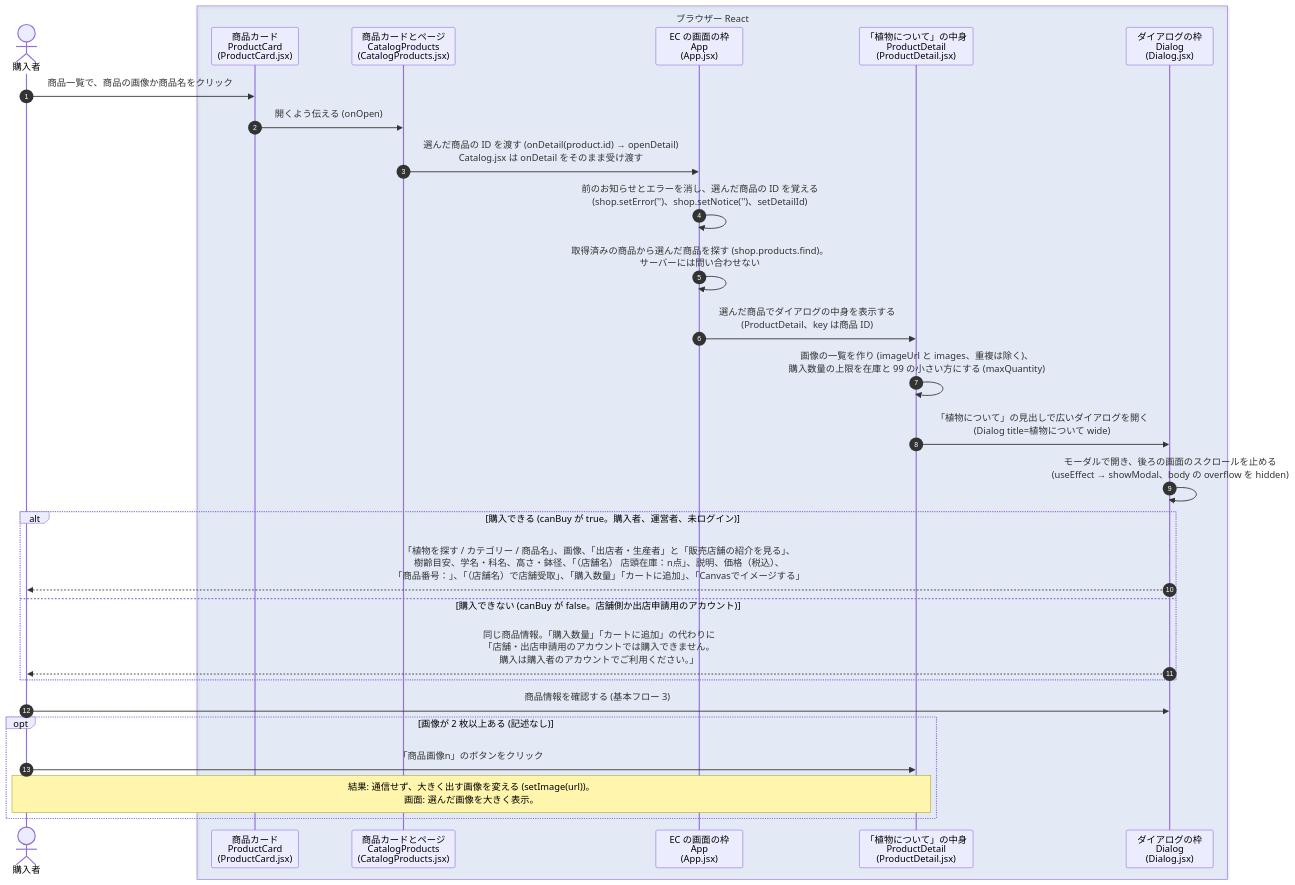
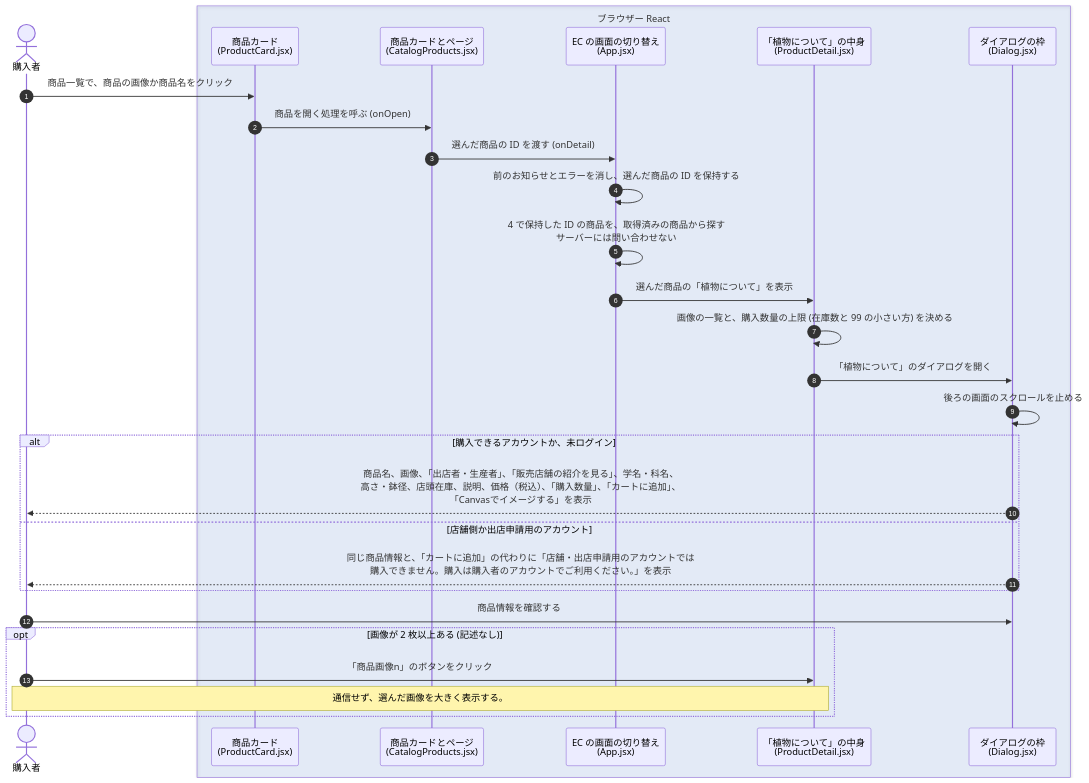
The diagram in シーケンス図/kusakari-ec/EC-B04_商品詳細を確認する.md (abeouga/kusakari-document), drawn with Mermaid before and after one commit. The commit also changed 94 other files, not shown here.

First line of the commit message:
EC のシーケンス図を、手で直した EC-A01〜A06 の書き方にそろえて短くする

````diff
--- a/シーケンス図/kusakari-ec/EC-B04_商品詳細を確認する.md
+++ b/シーケンス図/kusakari-ec/EC-B04_商品詳細を確認する.md
@@ -3,33 +3,33 @@
 ```mermaid
 sequenceDiagram
     autonumber
     actor User as 購入者
     box rgba(47,111,219,0.10) ブラウザー React
-        participant Card as 商品カード<br/>ProductCard<br/>(ProductCard.jsx)
-        participant List as 商品カードとページ<br/>CatalogProducts<br/>(CatalogProducts.jsx)
-        participant App as EC の画面の枠<br/>App<br/>(App.jsx)
-        participant Detail as 「植物について」の中身<br/>ProductDetail<br/>(ProductDetail.jsx)
-        participant Dlg as ダイアログの枠<br/>Dialog<br/>(Dialog.jsx)
+        participant Card as 商品カード<br/>(ProductCard.jsx)
+        participant List as 商品カードとページ<br/>(CatalogProducts.jsx)
+        participant App as EC の画面の切り替え<br/>(App.jsx)
+        participant Detail as 「植物について」の中身<br/>(ProductDetail.jsx)
+        participant Dlg as ダイアログの枠<br/>(Dialog.jsx)
     end
 
     User->>Card: 商品一覧で、商品の画像か商品名をクリック
-    Card->>List: 開くよう伝える (onOpen)
-    List->>App: 選んだ商品の ID を渡す (onDetail(product.id) → openDetail)<br/>Catalog.jsx は onDetail をそのまま受け渡す
-    App->>App: 前のお知らせとエラーを消し、選んだ商品の ID を覚える<br/>(shop.setError('')、shop.setNotice('')、setDetailId)
-    App->>App: 取得済みの商品から選んだ商品を探す (shop.products.find)。<br/>サーバーには問い合わせない
-    App->>Detail: 選んだ商品でダイアログの中身を表示する<br/>(ProductDetail、key は商品 ID)
-    Detail->>Detail: 画像の一覧を作り (imageUrl と images、重複は除く)、<br/>購入数量の上限を在庫と 99 の小さい方にする (maxQuantity)
-    Detail->>Dlg: 「植物について」の見出しで広いダイアログを開く<br/>(Dialog title=植物について wide)
-    Dlg->>Dlg: モーダルで開き、後ろの画面のスクロールを止める<br/>(useEffect → showModal、body の overflow を hidden)
-    alt 購入できる (canBuy が true。購入者、運営者、未ログイン)
-        Dlg-->>User: 「植物を探す / カテゴリー / 商品名」、画像、「出店者・生産者」と「販売店舗の紹介を見る」、<br/>樹齢目安、学名・科名、高さ・鉢径、「（店舗名） 店頭在庫：n点」、説明、価格（税込）、<br/>「商品番号：」、「（店舗名）で店舗受取」、「購入数量」「カートに追加」、「Canvasでイメージする」
-    else 購入できない (canBuy が false。店舗側か出店申請用のアカウント)
-        Dlg-->>User: 同じ商品情報。「購入数量」「カートに追加」の代わりに<br/>「店舗・出店申請用のアカウントでは購入できません。<br/>購入は購入者のアカウントでご利用ください。」
+    Card->>List: 商品を開く処理を呼ぶ (onOpen)
+    List->>App: 選んだ商品の ID を渡す (onDetail)
+    App->>App: 前のお知らせとエラーを消し、選んだ商品の ID を保持する
+    App->>App: 4 で保持した ID の商品を、取得済みの商品から探す<br/>サーバーには問い合わせない
+    App->>Detail: 選んだ商品の「植物について」を表示
+    Detail->>Detail: 画像の一覧と、購入数量の上限 (在庫数と 99 の小さい方) を決める
+    Detail->>Dlg: 「植物について」のダイアログを開く
+    Dlg->>Dlg: 後ろの画面のスクロールを止める
+    alt 購入できるアカウントか、未ログイン
+        Dlg-->>User: 商品名、画像、「出店者・生産者」、「販売店舗の紹介を見る」、学名・科名、<br/>高さ・鉢径、店頭在庫、説明、価格（税込）、「購入数量」、「カートに追加」、<br/>「Canvasでイメージする」を表示
+    else 店舗側か出店申請用のアカウント
+        Dlg-->>User: 同じ商品情報と、「カートに追加」の代わりに「店舗・出店申請用のアカウントでは<br/>購入できません。購入は購入者のアカウントでご利用ください。」を表示
     end
 
-    User->>Dlg: 商品情報を確認する (基本フロー 3)
+    User->>Dlg: 商品情報を確認する
     opt 画像が 2 枚以上ある (記述なし)
         User->>Detail: 「商品画像n」のボタンをクリック
-        Note over User,Detail: 結果: 通信せず、大きく出す画像を変える (setImage(url))。<br/>画面: 選んだ画像を大きく表示。
+        Note over User,Detail: 通信せず、選んだ画像を大きく表示する。
     end
 ```
````
